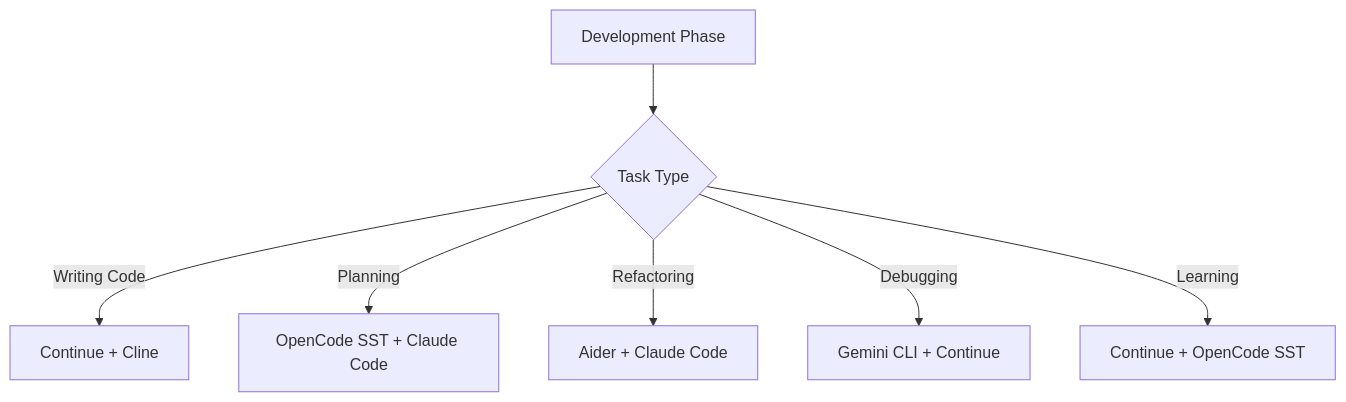
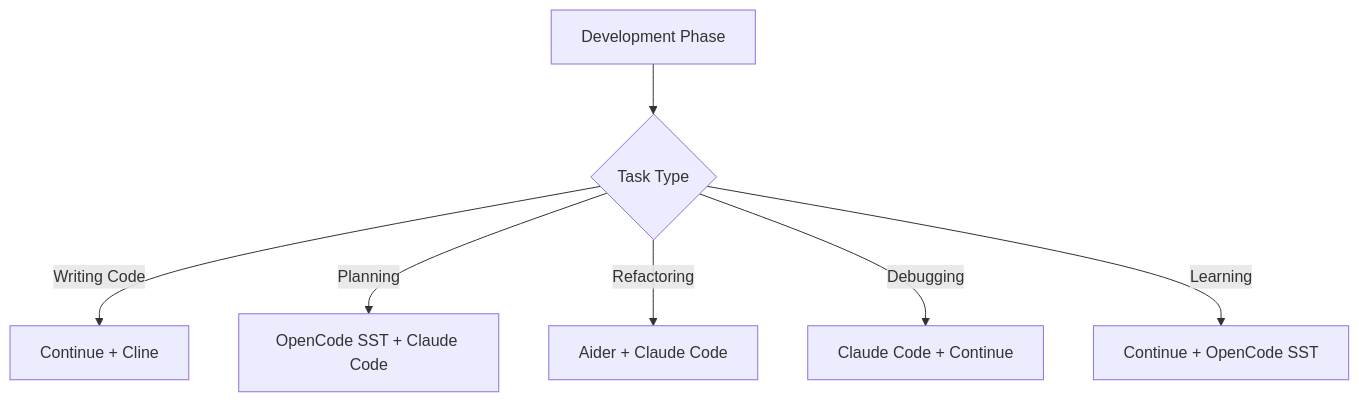
Before and after one commit to DG1001/XaresAICoder: the diagram in docs/AI_TOOLS.md, drawn with Mermaid. The commit also changed other lines of this file and 10 other files, not shown here.

First line of the commit message:
chore(ai-tools): remove Gemini CLI (deprecated by Google April 2026)

````diff
--- a/docs/AI_TOOLS.md
+++ b/docs/AI_TOOLS.md
@@ -656,9 +617,9 @@
 ```mermaid
 graph TD
     A[Development Phase] --> B{Task Type}
     B -->|Writing Code| C[Continue + Cline]
     B -->|Planning| D[OpenCode SST + Claude Code]
     B -->|Refactoring| E[Aider + Claude Code]
-    B -->|Debugging| F[Gemini CLI + Continue]
+    B -->|Debugging| F[Claude Code + Continue]
     B -->|Learning| G[Continue + OpenCode SST]
 ```
````
